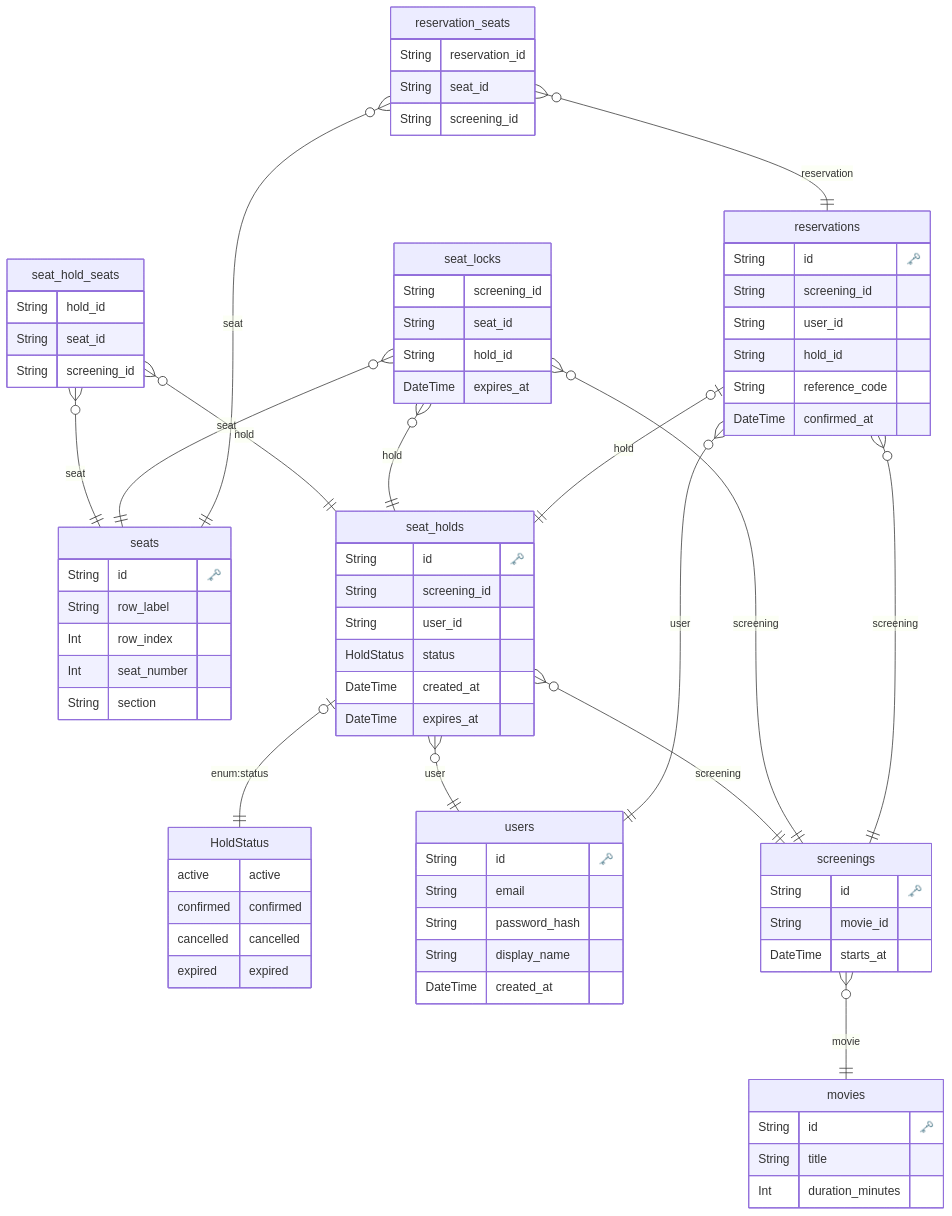
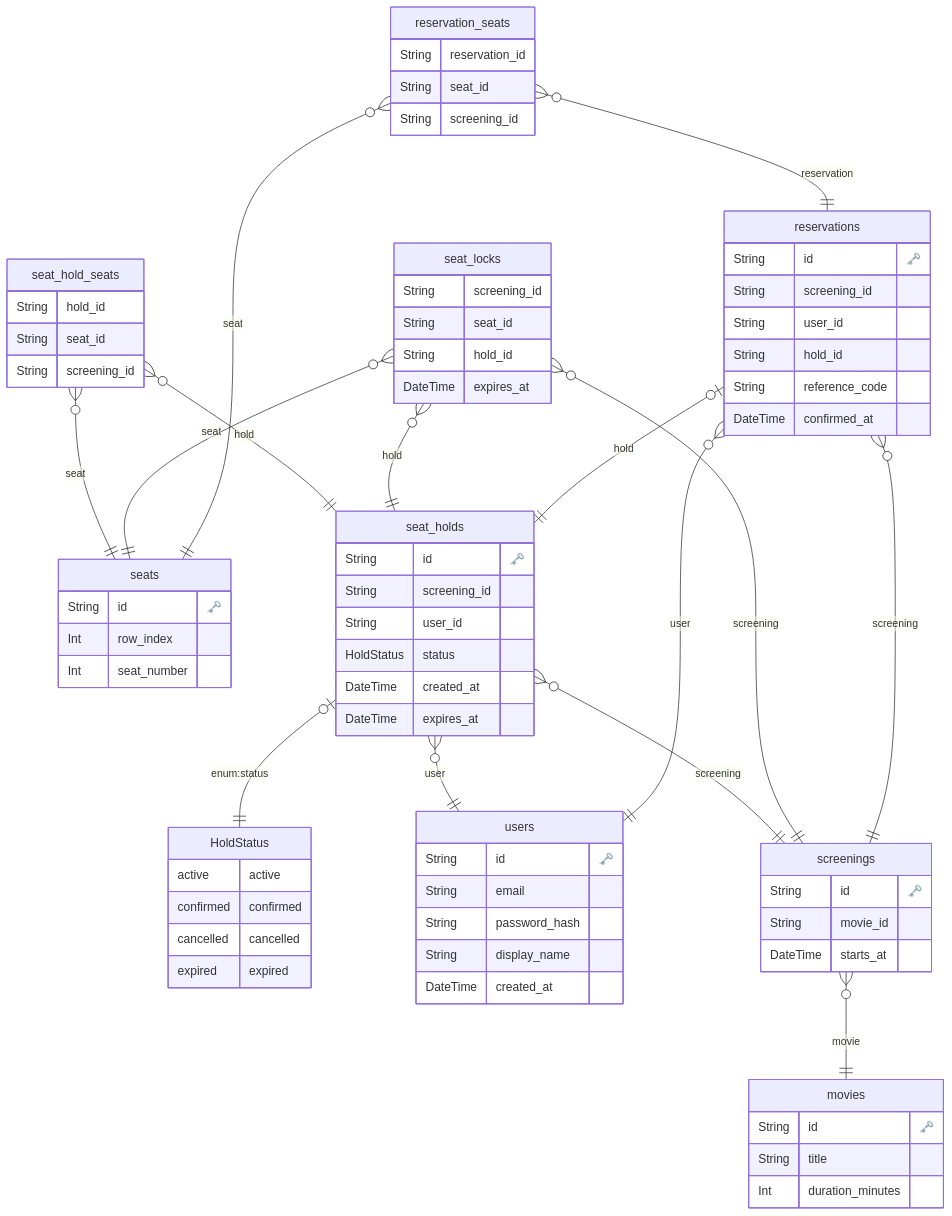
One commit to RChavshush/SeatHappens changed the diagram in docs/erd.md. Above: the diagram before and after it, drawn with Mermaid. The commit also changed 13 other files, not shown here.

First line of the commit message:
refactor: drop display-only section and derivable row_label from seats

```diff
--- a/docs/erd.md
+++ b/docs/erd.md
@@ -33,10 +33,8 @@
 
   "seats" {
     String id "🗝️"
-    String row_label 
     Int row_index 
     Int seat_number 
-    String section 
     }
   
 
```
